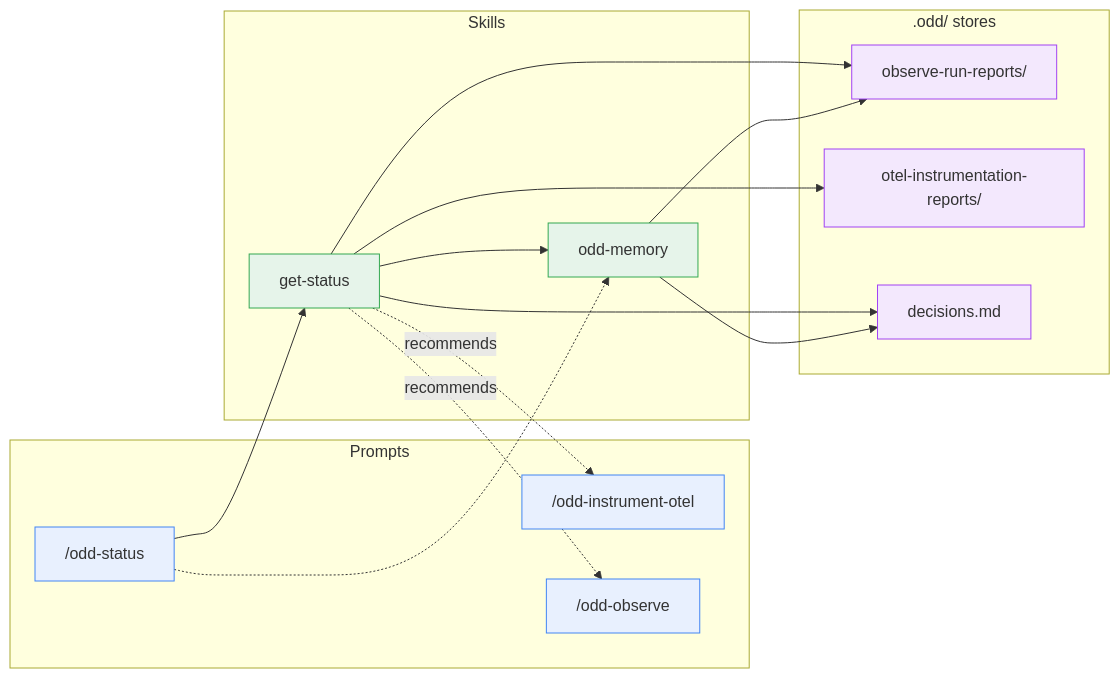
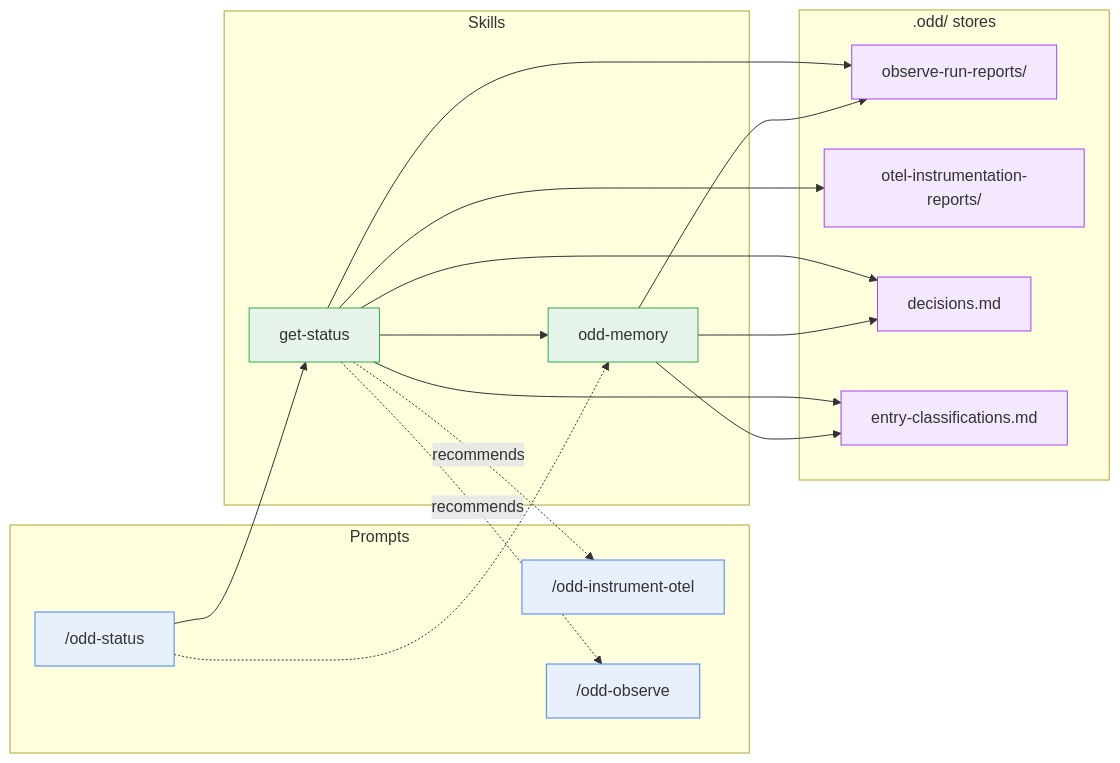
The fifth of 7 diagrams in docs/guide/dependencies.md (using-system/oddyssey), drawn with Mermaid before and after one commit. The commit also changed other lines of this file and 15 other files, not shown here.

Commit message:
feat(skill): get-status - the runtime / non-runtime classification of tree entries recorded once in .odd/entry-classifications.md, read by the script before the built-in list, instead of retyped as flags (#368)

````diff
--- a/docs/guide/dependencies.md
+++ b/docs/guide/dependencies.md
@@ -314,40 +314,43 @@
 ```mermaid
 flowchart LR
   subgraph Prompts
     status["/odd-status"]
     instrument["/odd-instrument-otel"]
     observe["/odd-observe"]
   end
 
   subgraph Skills
     gs[get-status]
     mem[odd-memory]
   end
 
   subgraph Stores[".odd/ stores"]
     obsdir[observe-run-reports/]
     insdir[otel-instrumentation-reports/]
     dec[decisions.md]
+    cls[entry-classifications.md]
   end
 
   status --> gs
   status -.-> mem
 
   gs --> obsdir
   gs --> insdir
   gs --> dec
+  gs --> cls
   gs -. recommends .-> instrument
   gs -. recommends .-> observe
 
   mem --> obsdir
   mem --> dec
+  mem --> cls
 
   gs --> mem
 
   classDef prompt fill:#e8f0fe,stroke:#4285f4
   classDef skill fill:#e6f4ea,stroke:#34a853
   classDef store fill:#f3e8fd,stroke:#a142f4
   class status,instrument,observe prompt
   class gs,mem skill
-  class obsdir,insdir,dec store
+  class obsdir,insdir,dec,cls store
 ```
````
